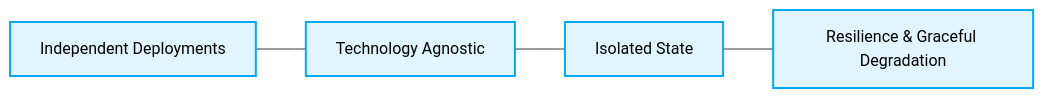
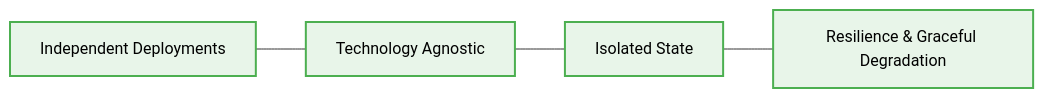
Before and after one commit to beginwebdev2002/best-practise: the first of 2 diagrams in architectures/micro-frontends/readme.md, drawn with Mermaid. The commit also changed 6 other files, not shown here.

Commit message:
refactor(arch): optimize space-based-architecture for deterministic Agent parsing

````diff
--- a/architectures/micro-frontends/readme.md
+++ b/architectures/micro-frontends/readme.md
@@ -36,9 +36,11 @@
 ```mermaid
 graph LR
     Deploy[Independent Deployments] --- TechAgnostic[Technology Agnostic]
     TechAgnostic --- State[Isolated State]
     State --- Resilience[Resilience & Graceful Degradation]
 
     classDef default fill:#e1f5fe,stroke:#03a9f4,stroke-width:2px,color:#000;
+    classDef component fill:#e8f5e9,stroke:#4caf50,stroke-width:2px,color:#000;
     class Deploy,TechAgnostic,State,Resilience default;
+    class Deploy,State,Resilience,TechAgnostic component;
 ```
````
